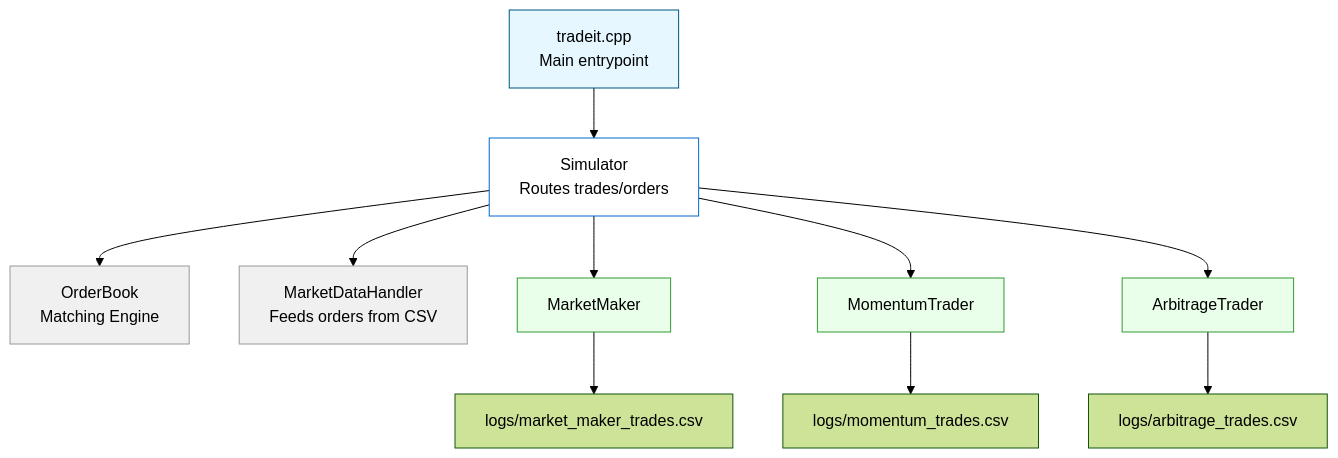
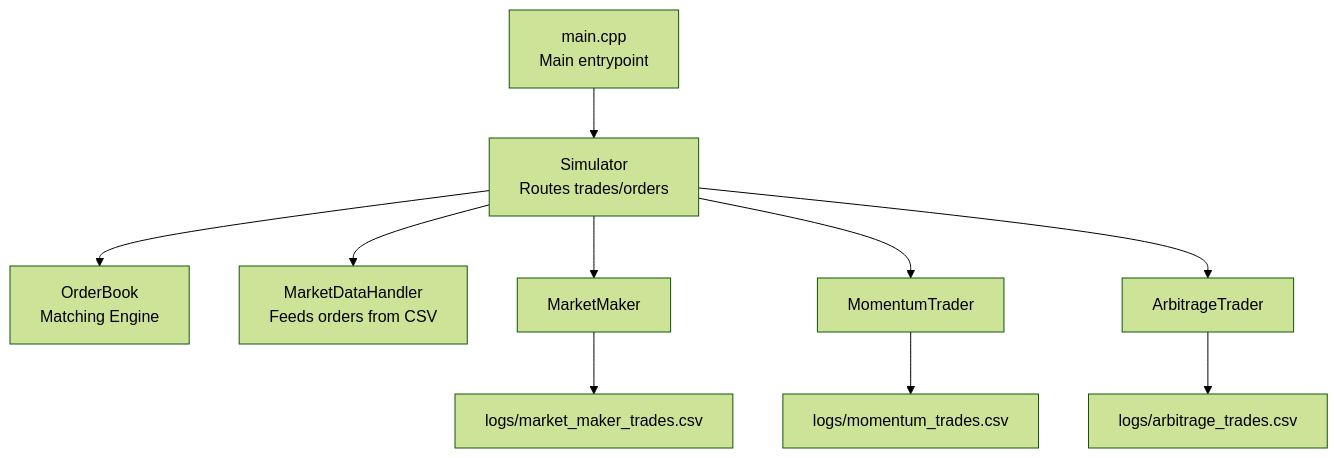
Before and after one commit to sarihammad/tradeit: the first of 2 diagrams in README.md, drawn with Mermaid (forest theme). The commit also changed other lines of this file, not shown here.

````diff
--- a/README.md
+++ b/README.md
@@ -21,23 +21,17 @@
 ```mermaid
 graph TD
 
-    A[tradeit.cpp<br>Main entrypoint] --> B[Simulator<br>Routes trades/orders]
+    A[main.cpp<br>Main entrypoint] --> B[Simulator<br>Routes trades/orders]
     B --> C[OrderBook<br>Matching Engine]
     B --> D[MarketDataHandler<br>Feeds orders from CSV]
 
     B --> E1[MarketMaker]
     B --> E2[MomentumTrader]
     B --> E3[ArbitrageTrader]
 
     E1 --> F1[logs/market_maker_trades.csv]
     E2 --> F2[logs/momentum_trades.csv]
     E3 --> F3[logs/arbitrage_trades.csv]
 
-    style A fill:#e6f7ff,stroke:#005580,stroke-width:1px
-    style B fill:#ffffff,stroke:#0066cc,stroke-width:1px
-    style C fill:#f0f0f0,stroke:#999999,stroke-width:1px
-    style D fill:#f0f0f0,stroke:#999999,stroke-width:1px
-    style E1 fill:#eaffea,stroke:#339933,stroke-width:1px
-    style E2 fill:#eaffea,stroke:#339933,stroke-width:1px
-    style E3 fill:#eaffea,stroke:#339933,stroke-width:1px
+    
 ```
````
